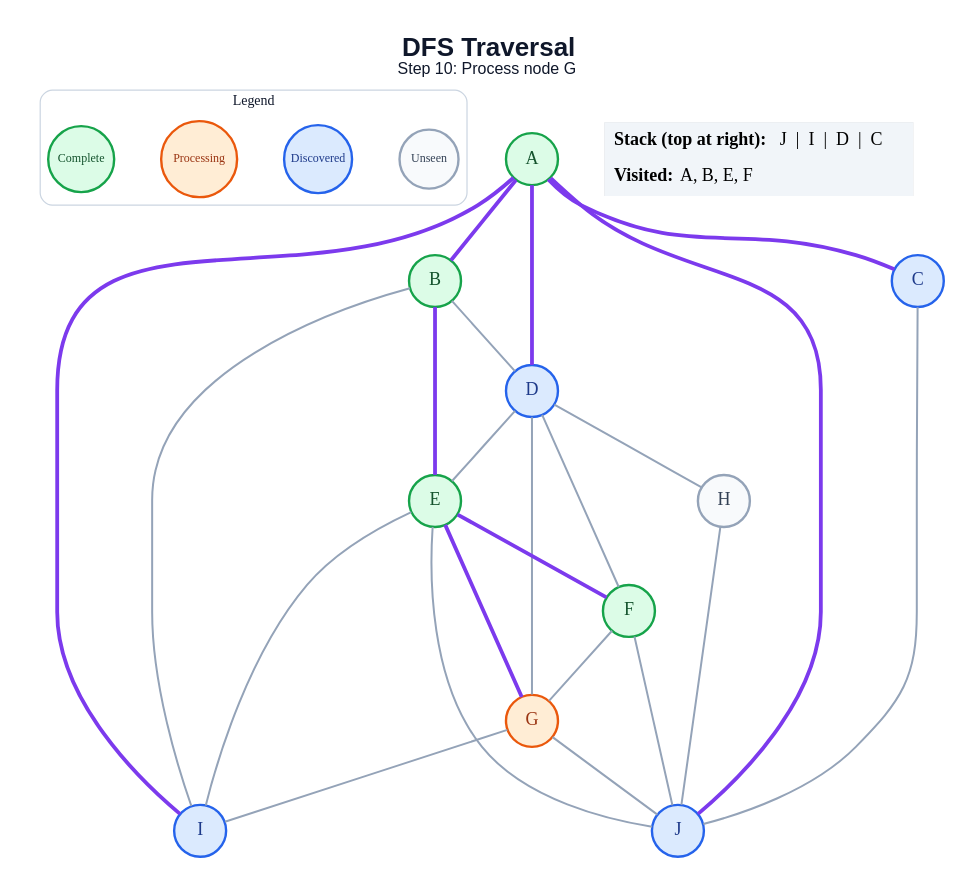
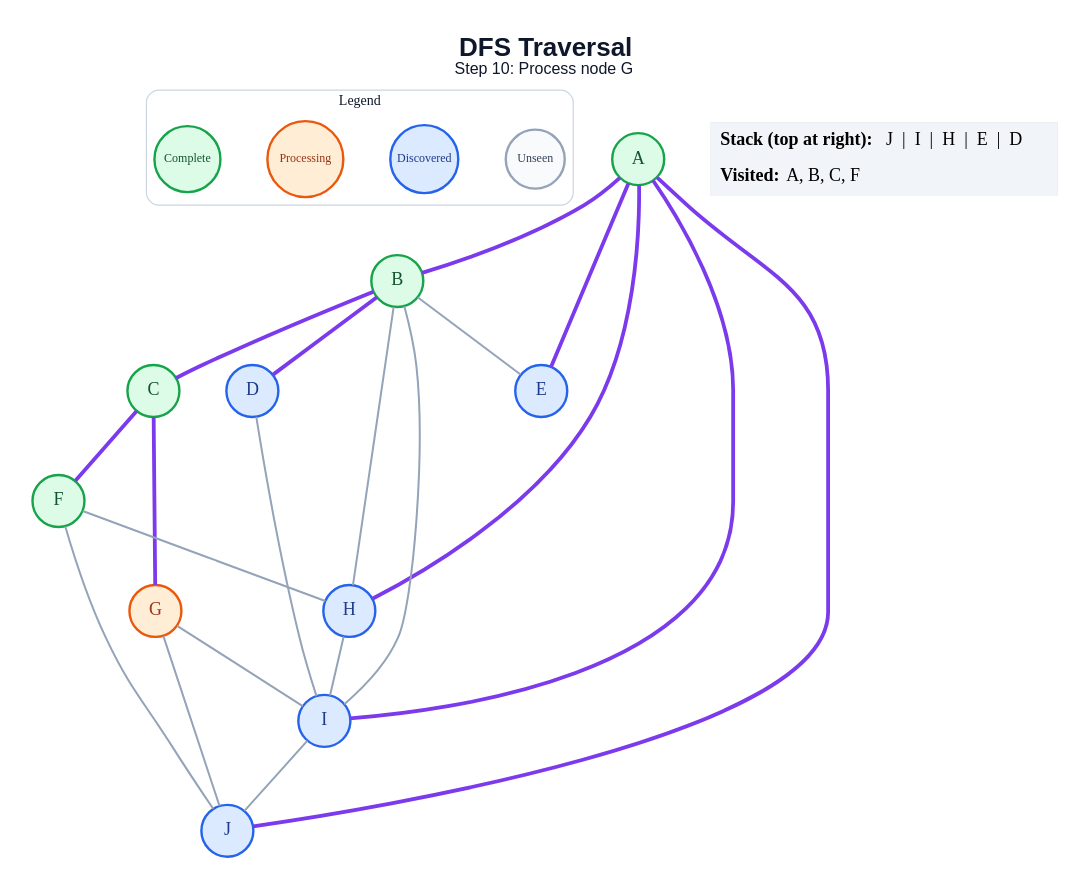
Before and after one commit to amanghodawala9/ai-slop: the diagram in generated/dfs/step_10.dot, drawn with Graphviz. The commit also changed 178 other files, not shown here.

```diff
--- a/generated/dfs/step_10.dot
+++ b/generated/dfs/step_10.dot
@@ -1,51 +1,48 @@
 graph traversal {
   graph [layout=dot, rankdir=TB, bgcolor="#FFFFFF", pad="0.35", nodesep="0.65", ranksep="0.8", fontname="Arial"];
   node [shape=circle, style="filled", fontname="Arial Bold", fontsize=18, width=0.72, fixedsize=true, penwidth=2.4];
   edge [color="#94A3B8", penwidth=2.0];
   label=<<B>DFS Traversal</B><BR/><FONT POINT-SIZE="16">Step 10: Process node G</FONT>>; labelloc="t"; fontsize=26; fontname="Arial"; fontcolor="#0F172A";
   subgraph cluster_legend { label="Legend"; color="#CBD5E1"; penwidth=1.2; style="rounded"; fontsize=14; fontname="Arial Bold";
     key_unseen [label="Unseen", fillcolor="#F8FAFC", color="#94A3B8", fontcolor="#334155", fontsize=12, width=0.82];
     key_frontier [label="Discovered", fillcolor="#DBEAFE", color="#2563EB", fontcolor="#1E3A8A", fontsize=12, width=0.95];
     key_current [label="Processing", fillcolor="#FFEDD5", color="#EA580C", fontcolor="#9A3412", fontsize=12, width=1.05];
     key_done [label="Complete", fillcolor="#DCFCE7", color="#16A34A", fontcolor="#14532D", fontsize=12, width=0.92];
     { rank=same; key_unseen; key_frontier; key_current; key_done; }
   }
   A [fillcolor="#DCFCE7", color="#16A34A", fontcolor="#14532D"];
   B [fillcolor="#DCFCE7", color="#16A34A", fontcolor="#14532D"];
-  C [fillcolor="#DBEAFE", color="#2563EB", fontcolor="#1E3A8A"];
+  C [fillcolor="#DCFCE7", color="#16A34A", fontcolor="#14532D"];
   D [fillcolor="#DBEAFE", color="#2563EB", fontcolor="#1E3A8A"];
-  E [fillcolor="#DCFCE7", color="#16A34A", fontcolor="#14532D"];
+  E [fillcolor="#DBEAFE", color="#2563EB", fontcolor="#1E3A8A"];
   F [fillcolor="#DCFCE7", color="#16A34A", fontcolor="#14532D"];
   G [fillcolor="#FFEDD5", color="#EA580C", fontcolor="#9A3412"];
-  H [fillcolor="#F8FAFC", color="#94A3B8", fontcolor="#334155"];
+  H [fillcolor="#DBEAFE", color="#2563EB", fontcolor="#1E3A8A"];
   I [fillcolor="#DBEAFE", color="#2563EB", fontcolor="#1E3A8A"];
   J [fillcolor="#DBEAFE", color="#2563EB", fontcolor="#1E3A8A"];
   A -- B [color="#7C3AED", penwidth=3.8];
-  A -- C [color="#7C3AED", penwidth=3.8];
-  A -- D [color="#7C3AED", penwidth=3.8];
+  A -- E [color="#7C3AED", penwidth=3.8];
+  A -- H [color="#7C3AED", penwidth=3.8];
   A -- I [color="#7C3AED", penwidth=3.8];
   A -- J [color="#7C3AED", penwidth=3.8];
-  B -- D;
-  B -- E [color="#7C3AED", penwidth=3.8];
+  B -- C [color="#7C3AED", penwidth=3.8];
+  B -- D [color="#7C3AED", penwidth=3.8];
+  B -- E;
+  B -- H;
   B -- I;
-  C -- J;
-  D -- E;
-  D -- F;
-  D -- G;
-  D -- H;
-  E -- F [color="#7C3AED", penwidth=3.8];
-  E -- G [color="#7C3AED", penwidth=3.8];
-  E -- I;
-  E -- J;
-  F -- G;
+  C -- F [color="#7C3AED", penwidth=3.8];
+  C -- G [color="#7C3AED", penwidth=3.8];
+  D -- I;
+  F -- H;
   F -- J;
   G -- I;
   G -- J;
-  H -- J;
+  H -- I;
+  I -- J;
   status [shape=plain, fixedsize=false, width=0, height=0, margin=0, label=<
     <TABLE BORDER="0" CELLBORDER="0" CELLPADDING="7" BGCOLOR="#F1F5F9">
-      <TR><TD ALIGN="LEFT"><B>Stack (top at right):</B> J  |  I  |  D  |  C</TD></TR>
-      <TR><TD ALIGN="LEFT"><B>Visited:</B> A, B, E, F</TD></TR>
+      <TR><TD ALIGN="LEFT"><B>Stack (top at right):</B> J  |  I  |  H  |  E  |  D</TD></TR>
+      <TR><TD ALIGN="LEFT"><B>Visited:</B> A, B, C, F</TD></TR>
     </TABLE>
   >];
 }
```
